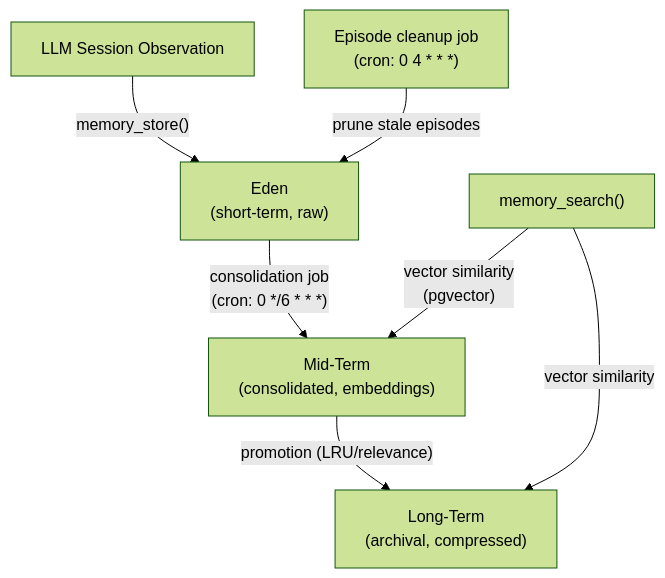
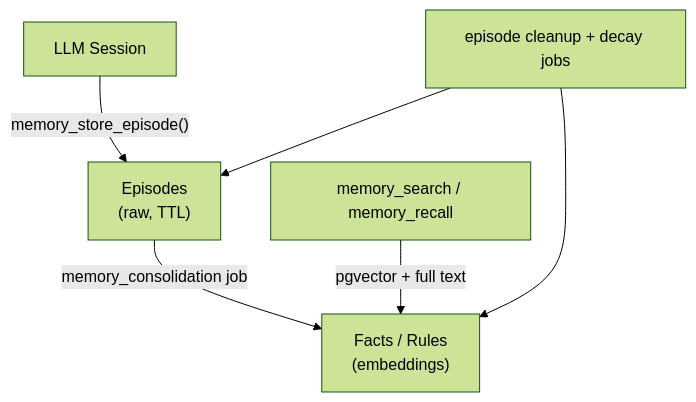
Before and after one commit to tzeusy-org/butlers: the fifth of 6 diagrams in about/lay-and-land/data-flow.md, drawn with Mermaid (forest theme). The commit also changed other lines of this file and 56 other files, not shown here.

````diff
--- a/about/lay-and-land/data-flow.md
+++ b/about/lay-and-land/data-flow.md
@@ -239,9 +201,8 @@
 ```mermaid
 graph TD
-    A["LLM Session Observation"] -->|"memory_store()"| B["Eden<br/>(short-term, raw)"]
-    B -->|"consolidation job<br/>(cron: 0 */6 * * *)"| C["Mid-Term<br/>(consolidated, embeddings)"]
-    C -->|"promotion (LRU/relevance)"| D["Long-Term<br/>(archival, compressed)"]
-    E["memory_search()"] -->|"vector similarity<br/>(pgvector)"| C
-    E -->|"vector similarity"| D
-    F["Episode cleanup job<br/>(cron: 0 4 * * *)"] -->|"prune stale episodes"| B
+    A["LLM Session"] -->|"memory_store_episode()"| B["Episodes<br/>(raw, TTL)"]
+    B -->|"memory_consolidation job"| C["Facts / Rules<br/>(embeddings)"]
+    D["memory_search / memory_recall"] -->|"pgvector + full text"| C
+    E["episode cleanup + decay jobs"] --> B
+    E --> C
 ```
````
